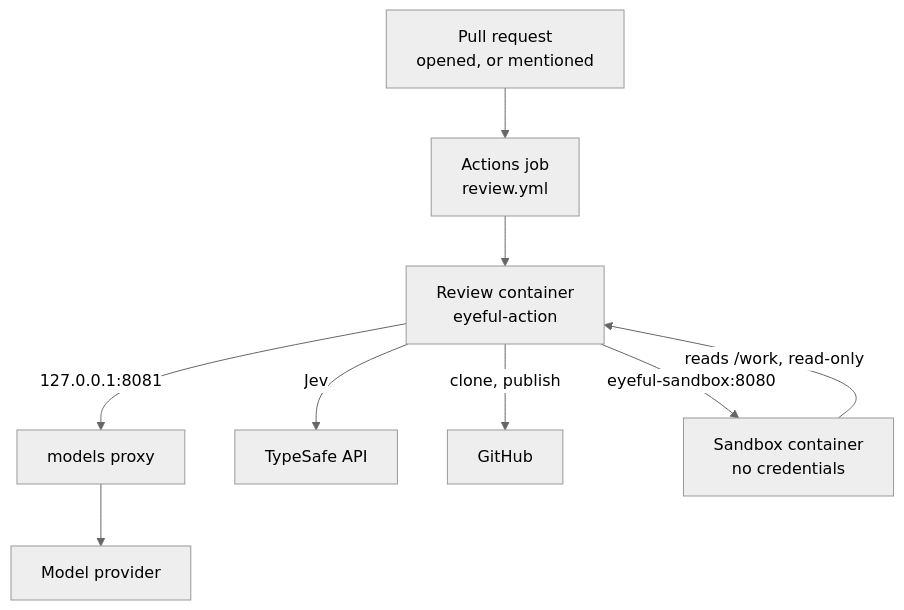
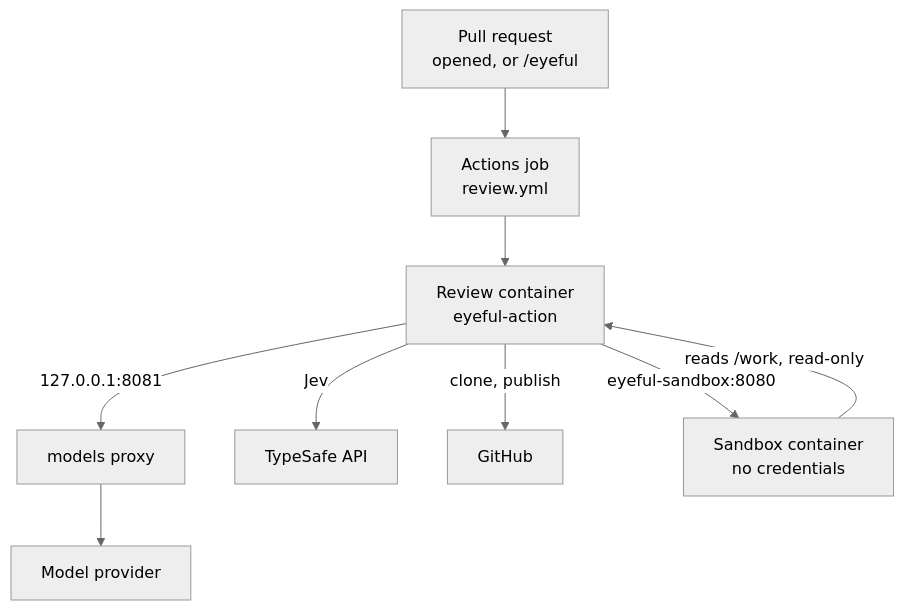
One commit to Pleasurecruise/eyeful changed the first of 2 diagrams in docs/cloud/DEPLOYMENT.md. Above: the diagram before and after it, drawn with Mermaid (neutral theme). The commit also changed other lines of this file and 23 other files, not shown here.

````diff
--- a/docs/cloud/DEPLOYMENT.md
+++ b/docs/cloud/DEPLOYMENT.md
@@ -29,10 +33,10 @@
 ```mermaid
 flowchart TB
-    gh["Pull request<br/>opened, or mentioned"] --> job["Actions job<br/>review.yml"]
+    gh["Pull request<br/>opened, or /eyeful"] --> job["Actions job<br/>review.yml"]
     job --> action["Review container<br/>eyeful-action"]
     action -->|"127.0.0.1:8081"| proxy["models proxy"] --> provider["Model provider"]
     action -->|Jev| typesafe["TypeSafe API"]
     action -->|clone, publish| github["GitHub"]
     action -->|"eyeful-sandbox:8080"| sandbox["Sandbox container<br/>no credentials"]
     sandbox -->|"reads /work, read-only"| action
 ```
````
